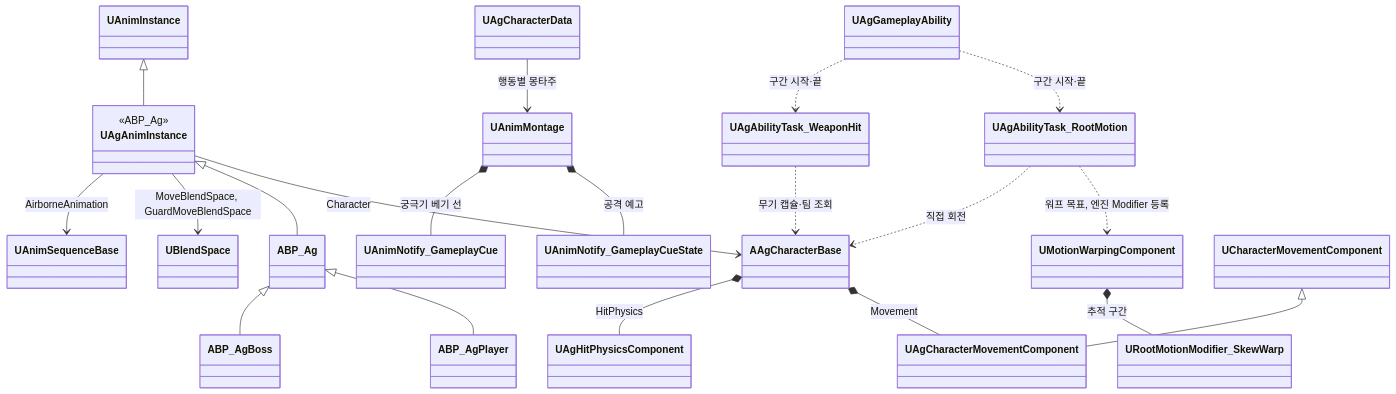
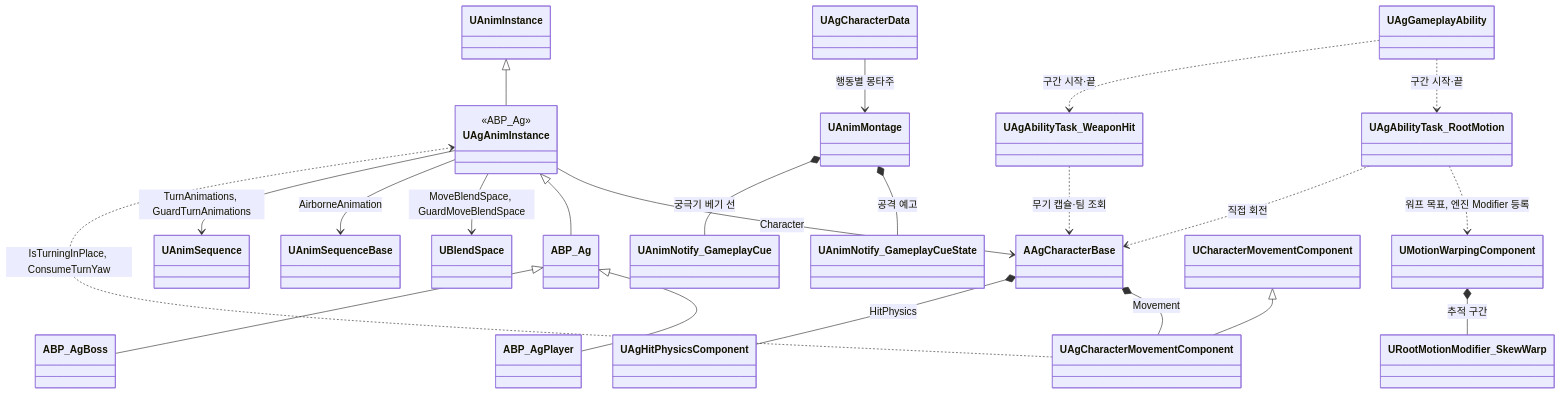
Before and after one commit to Woogl/Ag: the diagram in Docs/Program/애니메이션과 이동.md, drawn with Mermaid. The commit also changed other lines of this file and 34 other files, not shown here.

````diff
--- a/Docs/Program/애니메이션과 이동.md
+++ b/Docs/Program/애니메이션과 이동.md
@@ -45,27 +58,29 @@
 ```mermaid
 classDiagram
     direction TB
     class UAgAnimInstance {
         <<ABP_Ag>>
     }
     UAnimInstance <|-- UAgAnimInstance
     UAgAnimInstance --> AAgCharacterBase : Character
     UAgAnimInstance <|-- ABP_Ag
     ABP_Ag <|-- ABP_AgPlayer
     ABP_Ag <|-- ABP_AgBoss
     UAgAnimInstance --> UBlendSpace : MoveBlendSpace, GuardMoveBlendSpace
     UAgAnimInstance --> UAnimSequenceBase : AirborneAnimation
+    UAgAnimInstance --> UAnimSequence : TurnAnimations, GuardTurnAnimations
+    UAgCharacterMovementComponent ..> UAgAnimInstance : IsTurningInPlace, ConsumeTurnYaw
 
     UAnimMontage *-- UAnimNotify_GameplayCueState : 공격 예고
     UAnimMontage *-- UAnimNotify_GameplayCue : 궁극기 베기 선
     UAgCharacterData --> UAnimMontage : 행동별 몽타주
     UMotionWarpingComponent *-- URootMotionModifier_SkewWarp : 추적 구간
     UAgAbilityTask_RootMotion ..> UMotionWarpingComponent : 워프 목표, 엔진 Modifier 등록
     UAgAbilityTask_RootMotion ..> AAgCharacterBase : 직접 회전
     UAgGameplayAbility ..> UAgAbilityTask_RootMotion : 구간 시작·끝
     UAgGameplayAbility ..> UAgAbilityTask_WeaponHit : 구간 시작·끝
     UAgAbilityTask_WeaponHit ..> AAgCharacterBase : 무기 캡슐·팀 조회
     AAgCharacterBase *-- UAgCharacterMovementComponent : Movement
     UCharacterMovementComponent <|-- UAgCharacterMovementComponent
     AAgCharacterBase *-- UAgHitPhysicsComponent : HitPhysics
 ```
````
